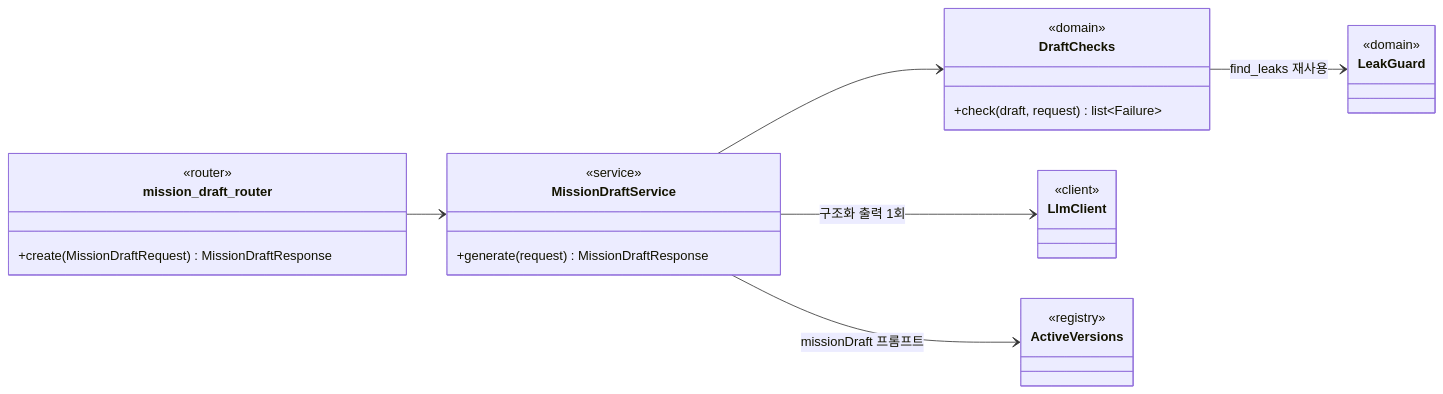
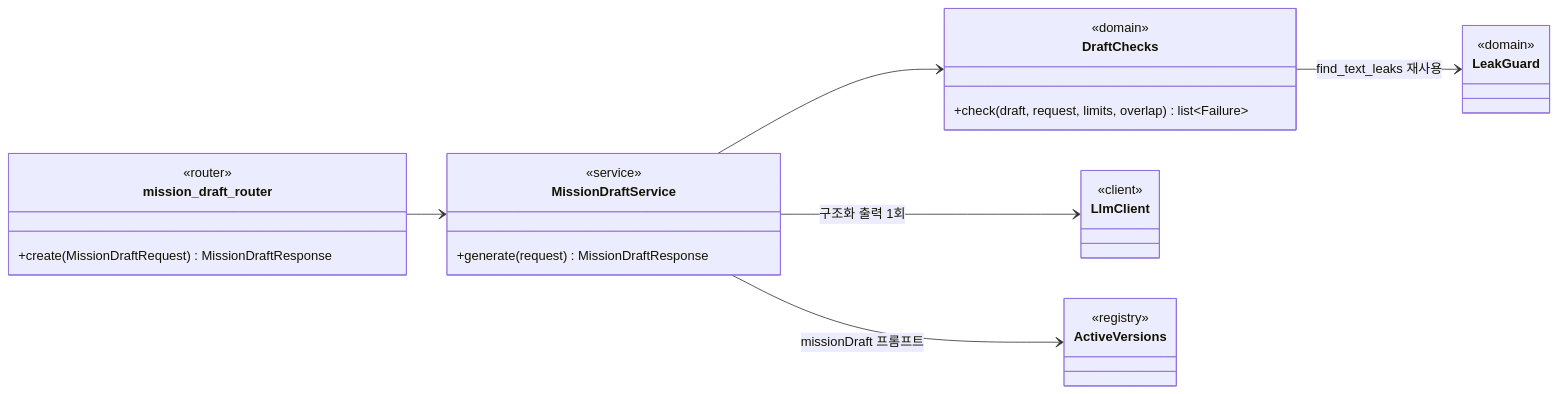
Before and after one commit to SKNETWORKS-FAMILY-AICAMP/SKN34-FINAL-3TEAM: diagram 15 of 17 in docs/design/class-diagram.md, drawn with Mermaid. The commit also changed other lines of this file and 2 other files, not shown here.

````diff
--- a/docs/design/class-diagram.md
+++ b/docs/design/class-diagram.md
@@ -1868,25 +1868,25 @@
 ```mermaid
 classDiagram
   direction LR
   class mission_draft_router {
     <<router>>
     +create(MissionDraftRequest) MissionDraftResponse
   }
   class MissionDraftService {
     <<service>>
     +generate(request) MissionDraftResponse
   }
   class DraftChecks {
     <<domain>>
-    +check(draft, request) list~Failure~
+    +check(draft, request, limits, overlap) list~Failure~
   }
   class LeakGuard { <<domain>> }
   class LlmClient { <<client>> }
   class ActiveVersions { <<registry>> }
 
   mission_draft_router --> MissionDraftService
   MissionDraftService --> LlmClient : 구조화 출력 1회
   MissionDraftService --> ActiveVersions : missionDraft 프롬프트
   MissionDraftService --> DraftChecks
-  DraftChecks --> LeakGuard : find_leaks 재사용
+  DraftChecks --> LeakGuard : find_text_leaks 재사용
 ```
````
